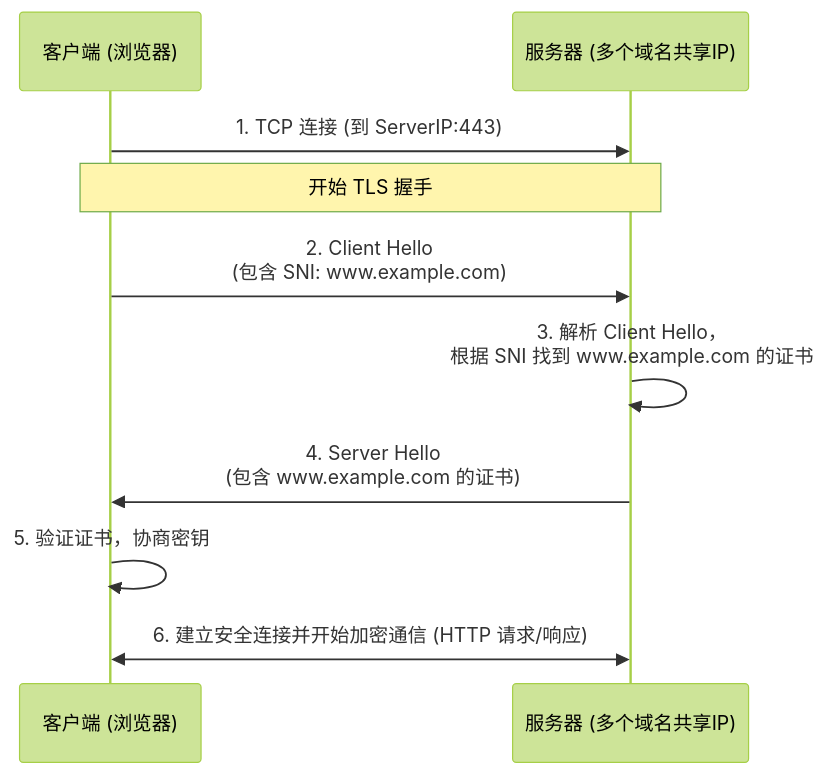
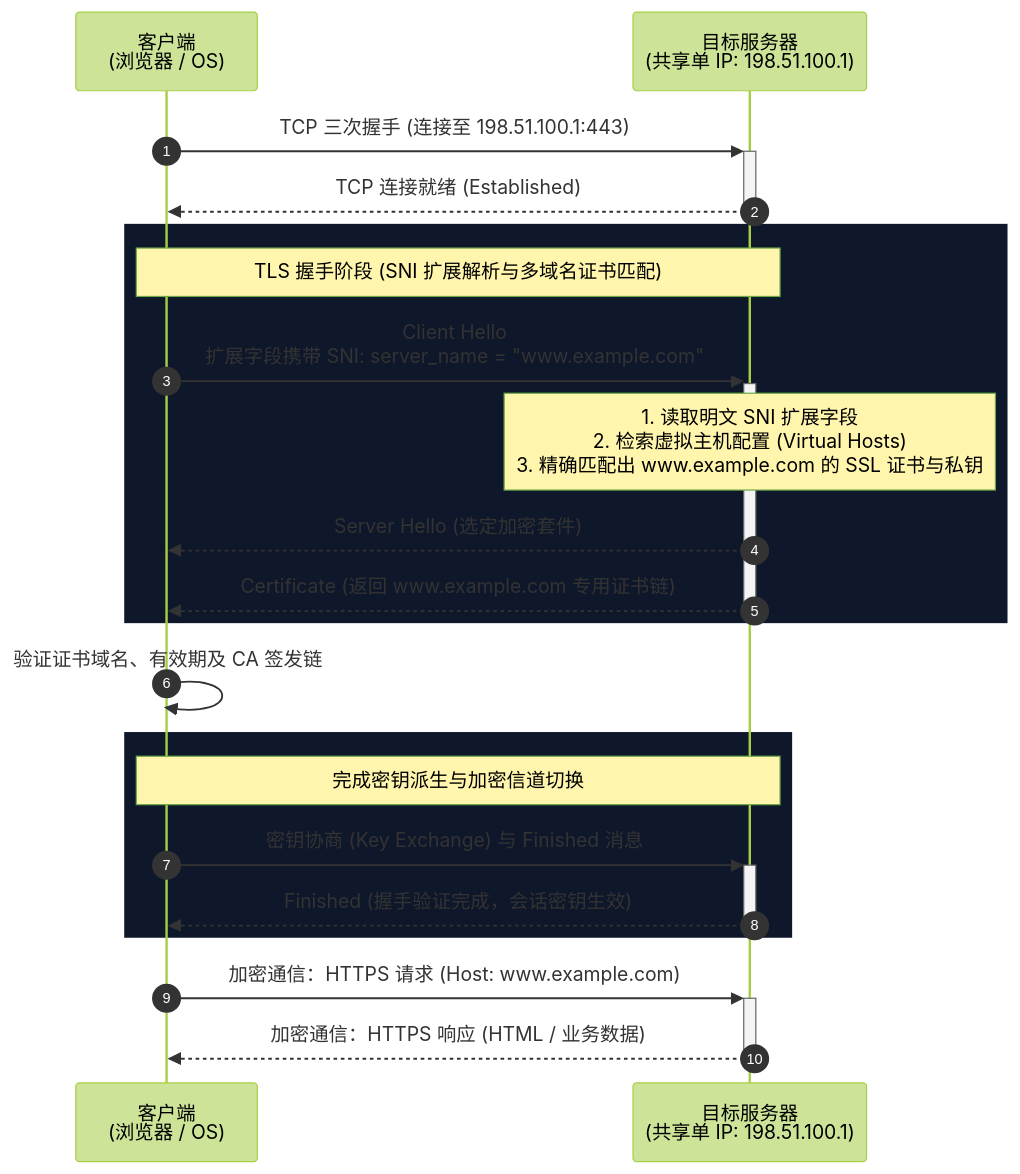
One commit to teatang/t-blog changed the diagram in source/_posts/2023/2023-04-09_SNI (Server Name Indication) 详解.md. Above: the diagram before and after it, drawn with Mermaid (forest theme). The commit also changed 26 other files, not shown here.

```diff
--- a/source/_posts/2023/2023-04-09_SNI (Server Name Indication) 详解.md
+++ b/source/_posts/2023/2023-04-09_SNI (Server Name Indication) 详解.md
@@ -52,13 +52,30 @@
 {% mermaid %}
 sequenceDiagram
-    participant Client as 客户端 (浏览器)
-    participant Server as 服务器 (多个域名共享IP)
+    autonumber
+    participant Client as 客户端<br/>(浏览器 / OS)
+    participant Server as 目标服务器<br/>(共享单 IP: 198.51.100.1)
 
-    Client->>Server: 1. TCP 连接 (到 ServerIP:443)
-    Note over Client,Server: 开始 TLS 握手
-    Client->>Server: 2. Client Hello <br/> (包含 SNI: www.example.com)
-    Server->>Server: 3. 解析 Client Hello，<br/>根据 SNI 找到 www.example.com 的证书
-    Server->>Client: 4. Server Hello <br/> (包含 www.example.com 的证书)
-    Client->>Client: 5. 验证证书，协商密钥
-    Client<<->>Server: 6. 建立安全连接并开始加密通信 (HTTP 请求/响应)
+    Client->>+Server: TCP 三次握手 (连接至 198.51.100.1:443)
+    Server-->>-Client: TCP 连接就绪 (Established)
+
+    rect rgb(15, 23, 42)
+        Note over Client,Server: TLS 握手阶段 (SNI 扩展解析与多域名证书匹配)
+        Client->>+Server: Client Hello<br/>扩展字段携带 SNI: server_name = "www.example.com"
+        
+        Note over Server: 1. 读取明文 SNI 扩展字段<br/>2. 检索虚拟主机配置 (Virtual Hosts)<br/>3. 精确匹配出 www.example.com 的 SSL 证书与私钥
+        
+        Server-->>Client: Server Hello (选定加密套件)
+        Server-->>-Client: Certificate (返回 www.example.com 专用证书链)
+    end
+
+    Client->>Client: 验证证书域名、有效期及 CA 签发链
+
+    rect rgb(15, 23, 42)
+        Note over Client,Server: 完成密钥派生与加密信道切换
+        Client->>+Server: 密钥协商 (Key Exchange) 与 Finished 消息
+        Server-->>-Client: Finished (握手验证完成，会话密钥生效)
+    end
+
+    Client->>+Server: 加密通信：HTTPS 请求 (Host: www.example.com)
+    Server-->>-Client: 加密通信：HTTPS 响应 (HTML / 业务数据)
 {% endmermaid %}
```
